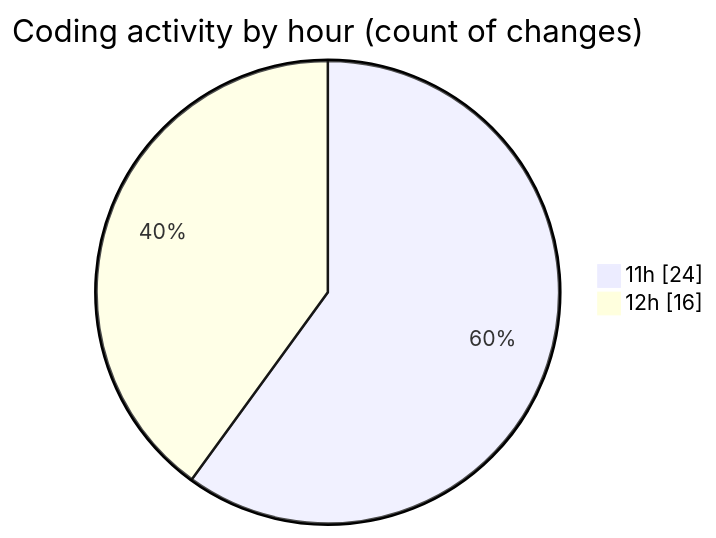
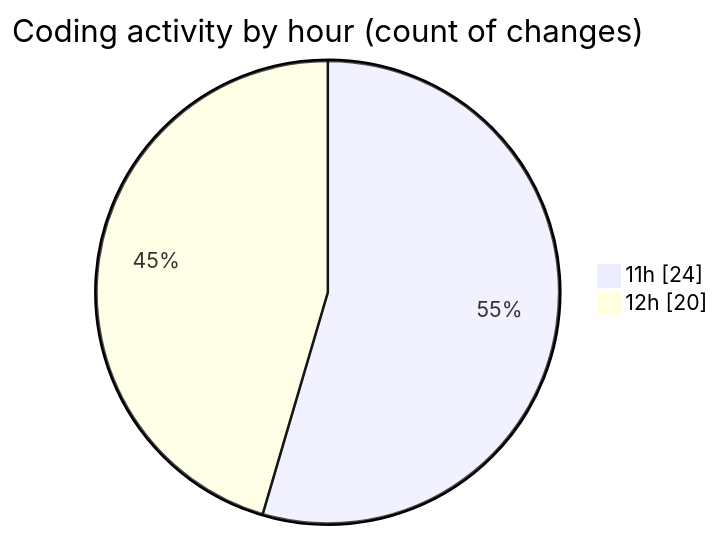
Before and after one commit to nxtqubesakshisongat/code-tracking: the second of 2 diagrams in 2025-05-10/argos-dev/README.md, drawn with Mermaid. The commit also changed other lines of this file and 1 other file, not shown here.

````diff
--- a/2025-05-10/argos-dev/README.md
+++ b/2025-05-10/argos-dev/README.md
@@ -29,6 +29,6 @@
 ```mermaid
 pie showData
 title Coding activity by hour (count of changes)
 "11h" : 24
-"12h" : 16
+"12h" : 20
 ```
````
